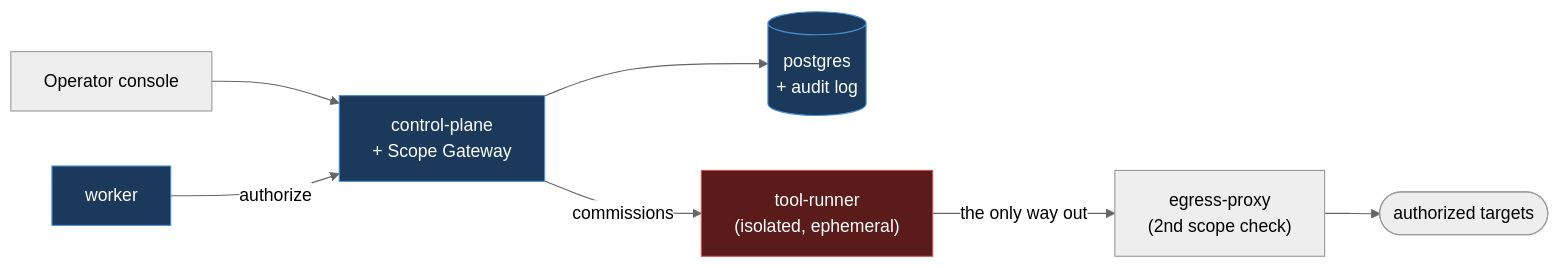
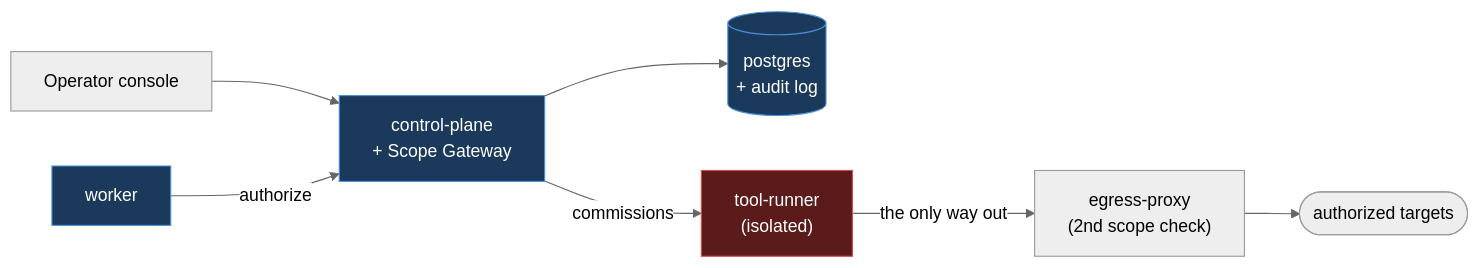
Before and after one commit to dt-cyberworks/axial: the diagram in README.md, drawn with Mermaid (neutral theme). The commit also changed other lines of this file and 414 other files, not shown here.

````diff
--- a/README.md
+++ b/README.md
@@ -77,14 +77,14 @@
 ```mermaid
 flowchart LR
     UI["Operator console"] --> CP["control-plane<br/>+ Scope Gateway"]
     CP --> DB[("postgres<br/>+ audit log")]
-    CP -->|commissions| TR["tool-runner<br/>(isolated, ephemeral)"]
+    CP -->|commissions| TR["tool-runner<br/>(isolated)"]
     WK["worker"] -->|authorize| CP
     TR -->|the only way out| EP["egress-proxy<br/>(2nd scope check)"]
     EP --> NET(["authorized targets"])
 
     classDef ctrl fill:#1b3a5b,stroke:#4a90d9,color:#fff
     classDef exe fill:#5b1b1b,stroke:#d94a4a,color:#fff
     class CP,WK,DB ctrl
     class TR exe
 ```
````
